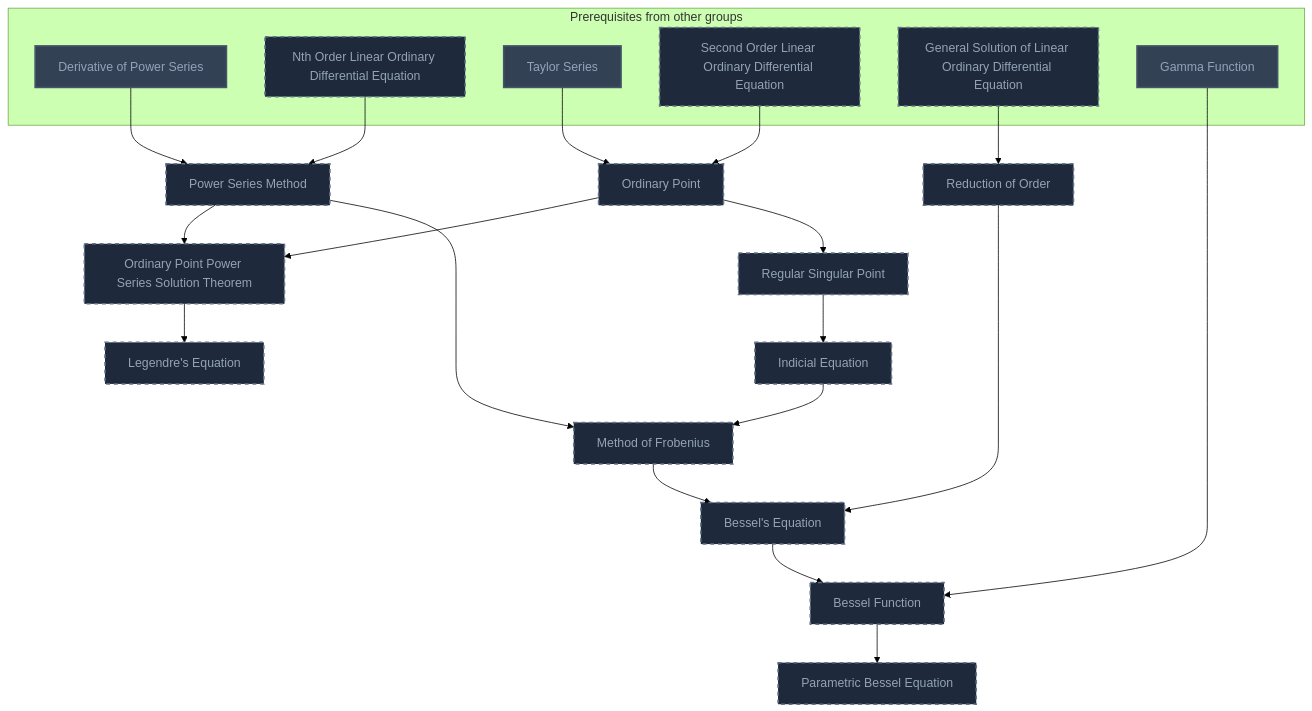
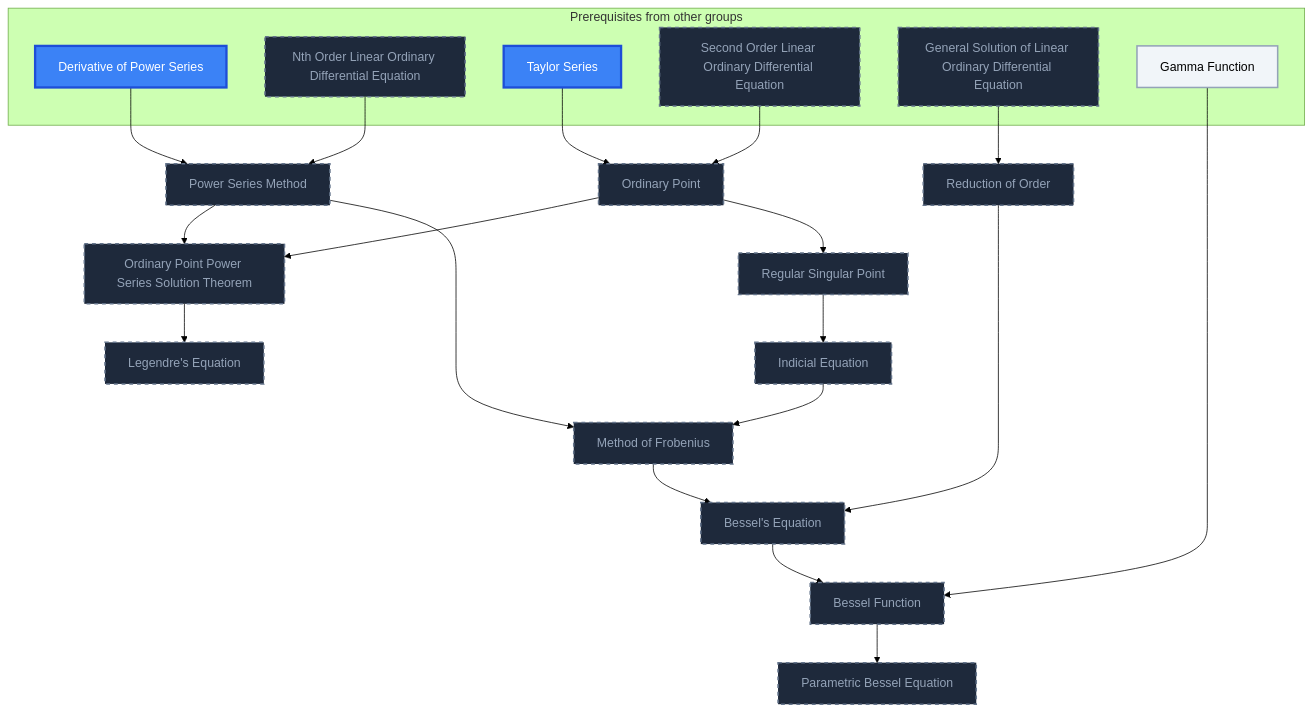
One commit to MRauf1/My-Notes changed the third of 7 diagrams in Gamification/Skill Trees/Ordinary Differential Equations.md. Above: the diagram before and after it, drawn with Mermaid (forest theme). The commit also changed other lines of this file and 145 other files, not shown here.

````diff
--- a/Gamification/Skill Trees/Ordinary Differential Equations.md
+++ b/Gamification/Skill Trees/Ordinary Differential Equations.md
@@ -173,51 +174,52 @@
 ```mermaid
 flowchart TD
     classDef planned fill:#1E293B,stroke:#64748B,stroke-width:2px,stroke-dasharray:5 5,color:#94A3B8;
     classDef locked fill:#334155,stroke:#475569,stroke-width:2px,color:#94A3B8;
     classDef L0 fill:#F1F5F9,stroke:#94A3B8,stroke-width:2px,color:#000000;
     classDef L1 fill:#22C55E,stroke:#15803D,stroke-width:2px,color:#000000;
     classDef L2 fill:#3B82F6,stroke:#1D4ED8,stroke-width:3px,color:#FFFFFF;
     classDef L3 fill:#A855F7,stroke:#6B21A8,stroke-width:3px,color:#FFFFFF,font-weight:bold;
     classDef L4 fill:#F97316,stroke:#C2410C,stroke-width:4px,color:#000000,font-weight:bold;
     classDef L5 fill:#FFD700,stroke:#FF8C00,stroke-width:5px,color:#000000,font-weight:bold;
     classDef rusty stroke:#8B4513,stroke-width:4px,stroke-dasharray:3 3;
     subgraph sg_prereqs["Prerequisites from other groups"]
         n_derivative_of_power_series["Derivative of Power Series"]
         n_nth_order_linear_ordinary_differential_equation["Nth Order Linear Ordinary Differential Equation"]
         n_taylor_series["Taylor Series"]
         n_second_order_linear_ordinary_differential_equation["Second Order Linear Ordinary Differential Equation"]
         n_general_solution_of_linear_ordinary_differential_equation["General Solution of Linear Ordinary Differential Equation"]
         n_gamma_function["Gamma Function"]
     end
     n_power_series_method["Power Series Method"]
     n_ordinary_point["Ordinary Point"]
     n_ordinary_point_power_series_solution_theorem["Ordinary Point Power Series Solution Theorem"]
     n_legendre_s_equation["Legendre's Equation"]
     n_regular_singular_point["Regular Singular Point"]
     n_indicial_equation["Indicial Equation"]
     n_method_of_frobenius["Method of Frobenius"]
     n_reduction_of_order["Reduction of Order"]
     n_bessel_s_equation["Bessel's Equation"]
     n_bessel_function["Bessel Function"]
     n_parametric_bessel_equation["Parametric Bessel Equation"]
     n_derivative_of_power_series --> n_power_series_method
     n_nth_order_linear_ordinary_differential_equation --> n_power_series_method
     n_taylor_series --> n_ordinary_point
     n_second_order_linear_ordinary_differential_equation --> n_ordinary_point
     n_power_series_method --> n_ordinary_point_power_series_solution_theorem
     n_ordinary_point --> n_ordinary_point_power_series_solution_theorem
     n_ordinary_point_power_series_solution_theorem --> n_legendre_s_equation
     n_ordinary_point --> n_regular_singular_point
     n_regular_singular_point --> n_indicial_equation
     n_power_series_method --> n_method_of_frobenius
     n_indicial_equation --> n_method_of_frobenius
     n_general_solution_of_linear_ordinary_differential_equation --> n_reduction_of_order
     n_method_of_frobenius --> n_bessel_s_equation
     n_reduction_of_order --> n_bessel_s_equation
     n_gamma_function --> n_bessel_function
     n_bessel_s_equation --> n_bessel_function
     n_bessel_function --> n_parametric_bessel_equation
     class n_nth_order_linear_ordinary_differential_equation,n_second_order_linear_ordinary_differential_equation,n_general_solution_of_linear_ordinary_differential_equation,n_power_series_method,n_ordinary_point,n_ordinary_point_power_series_solution_theorem,n_legendre_s_equation,n_regular_singular_point,n_indicial_equation,n_method_of_frobenius,n_reduction_of_order,n_bessel_s_equation,n_bessel_function,n_parametric_bessel_equation planned;
-    class n_derivative_of_power_series,n_taylor_series,n_gamma_function locked;
+    class n_gamma_function L0;
+    class n_derivative_of_power_series,n_taylor_series L2;
     class n_derivative_of_power_series,n_taylor_series,n_gamma_function internal-link;
 ```
````
